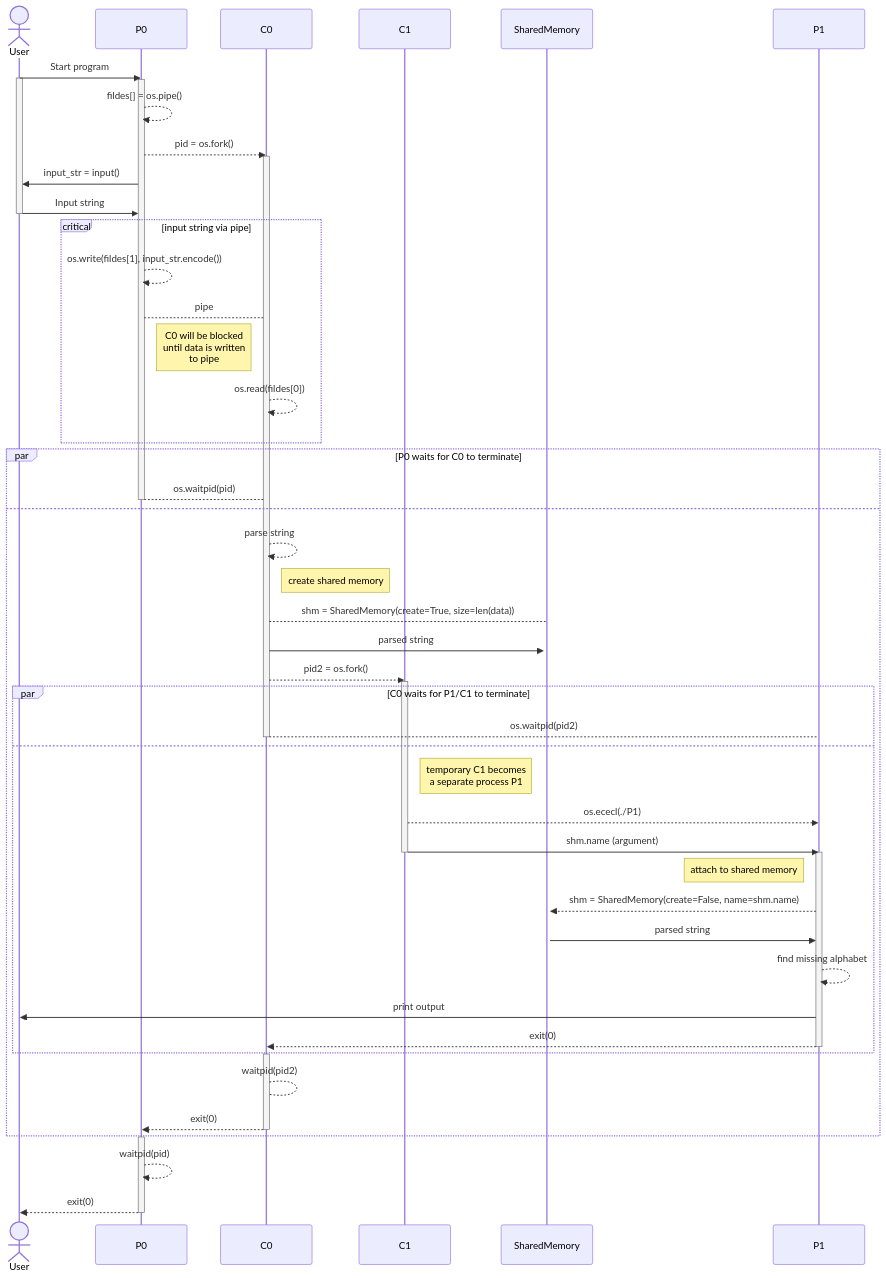
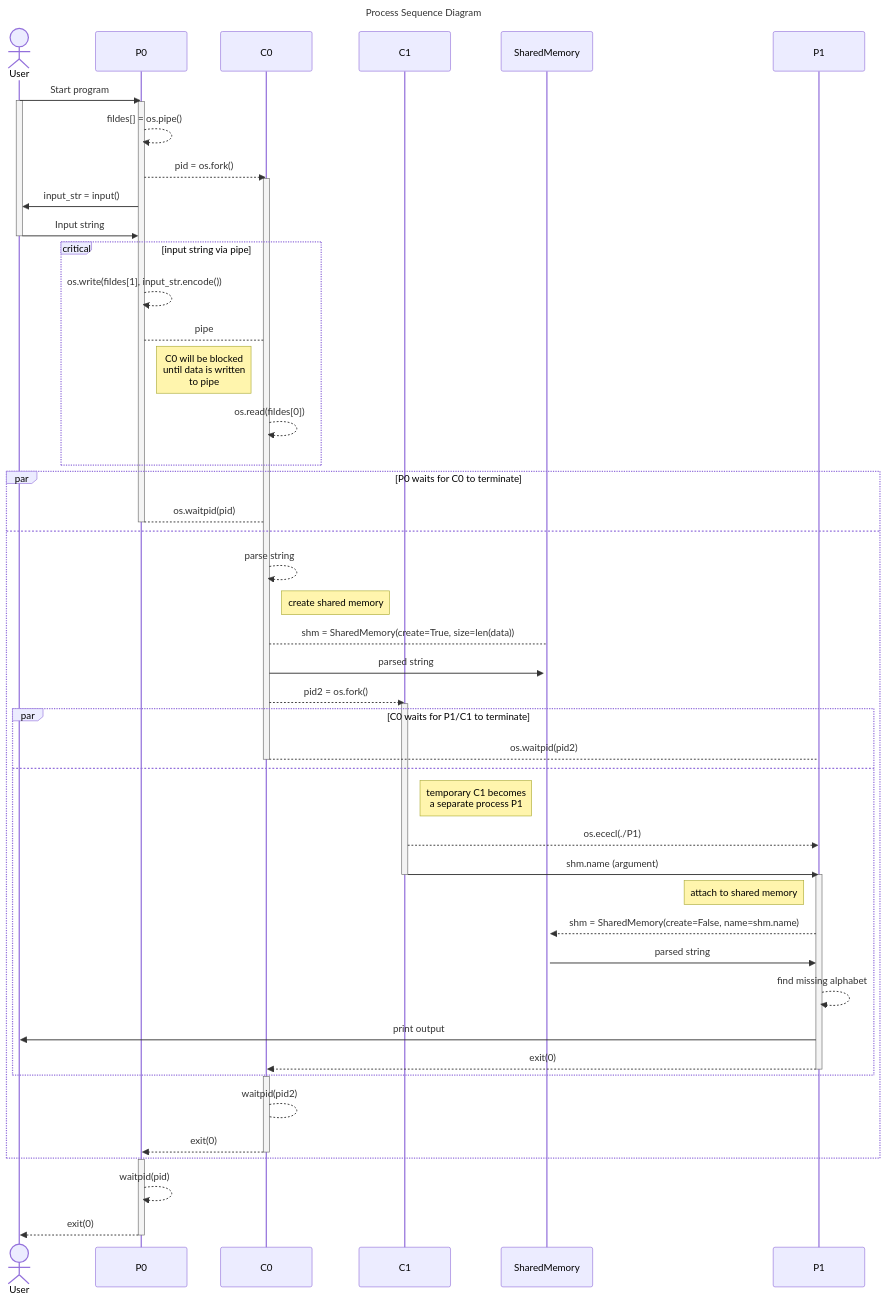
The diagram in README.md (jKaarlehto/charts), drawn with Mermaid before and after one commit.

````diff
--- a/README.md
+++ b/README.md
@@ -1,69 +1,69 @@
 ```mermaid
 
-sequenceDiagram
+sequenceDiagram title Process Sequence Diagram
     actor User
     participant P0
     participant C0
     participant C1
     participant SharedMemory
     participant P1
 
     User ->> P0: Start program
     activate User
     activate P0
     P0 -->> P0: fildes[] = os.pipe()
     P0 -->> C0: pid = os.fork()
     activate C0
 
     
     P0 ->> User: input_str = input()
     User ->> P0: Input string
     deactivate User
     
 
     critical  input string via pipe
     P0 -->> P0: os.write(fildes[1], input_str.encode())
         
         P0 --> C0: pipe
         Note right of P0: C0 will be blocked<br> until data is written<br>to pipe
         C0 -->> C0: os.read(fildes[0])
     end
 
     par P0 waits for C0 to terminate
         P0 --> C0: os.waitpid(pid)
         deactivate P0
         and
         C0 -->> C0: parse string
         Note right of C0: create shared memory
         C0 --> SharedMemory: shm = SharedMemory(create=True, size=len(data))
         activate SharedMemory
         C0 ->> SharedMemory: parsed string
         C0 -->> C1: pid2 = os.fork()
         activate C1
         par C0 waits for P1/C1 to terminate
         C0 --> P1: os.waitpid(pid2)
         deactivate C0
         and
         Note right of C1: temporary C1 becomes<br> a separate process P1
         C1 -->> P1: os.ececl(./P1)
         C1 ->> P1: shm.name (argument)
         activate P1
         deactivate C1
         Note left of P1: attach to shared memory
         P1 -->> SharedMemory: shm = SharedMemory(create=False, name=shm.name)
         SharedMemory ->> P1: parsed string
         P1 -->> P1: find missing alphabet
         P1 ->> User: print output
         P1 -->> C0: exit(0)
         deactivate P1
         end
         activate C0
         C0 --> C0: waitpid(pid2)
         C0 -->> P0: exit(0)
         deactivate C0
     end
     activate P0
     P0 -->> P0: waitpid(pid)
     P0 -->> User: exit(0)
     deactivate P0
 ```    
````
